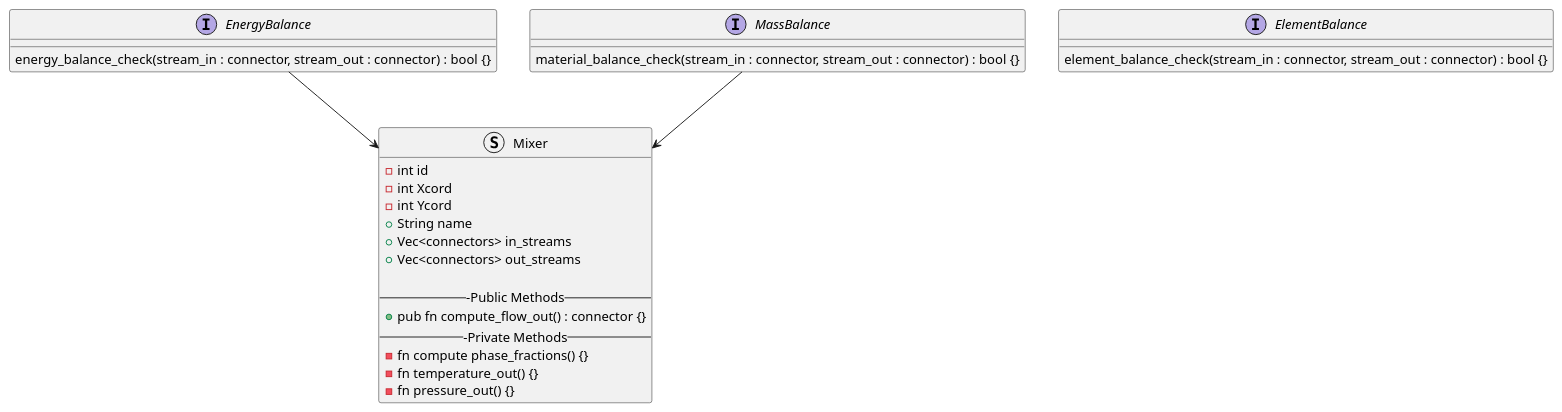
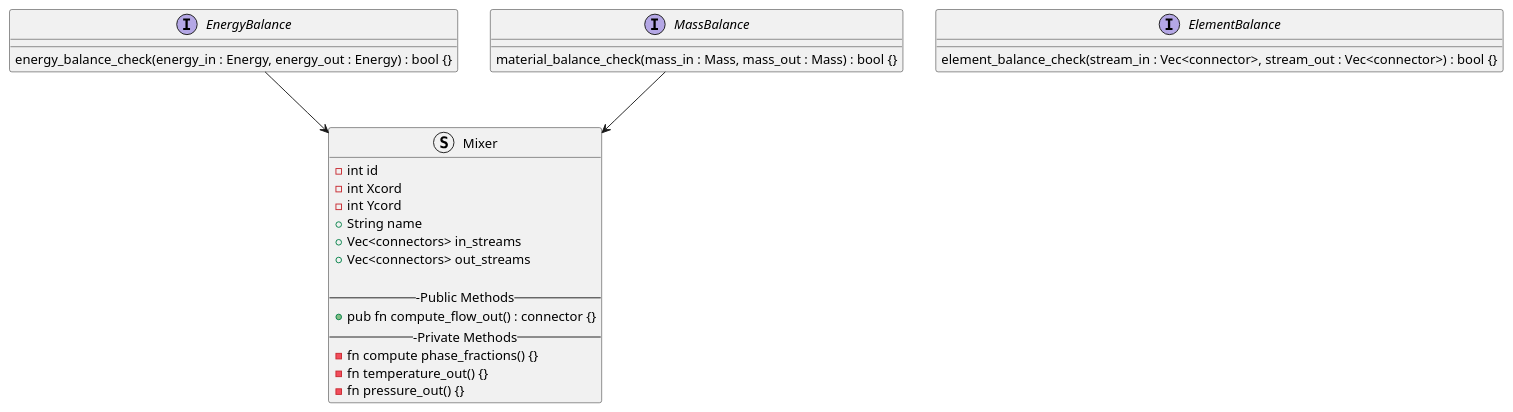
The diagram in blocks-module/blocks-module.puml (OSCPS-Project/OSCPS-UML), drawn with PlantUML before and after one commit. The commit also changed 1 other file, not shown here.

Commit message:
updating uml diagram for the blocks module with changes made to the parameters of the mass balance and energy balance functions

```diff
--- a/blocks-module/blocks-module.puml
+++ b/blocks-module/blocks-module.puml
@@ -1,40 +1,40 @@
 @startuml Blocks_Module_Class_Diagram
 
 Interface EnergyBalance {
-  energy_balance_check(stream_in : connector, stream_out : connector) : bool {} 
+  energy_balance_check(energy_in : Energy, energy_out : Energy) : bool {} 
 }
 
 Interface MassBalance {
-  material_balance_check(stream_in : connector, stream_out : connector) : bool {}  
+  material_balance_check(mass_in : Mass, mass_out : Mass) : bool {}  
 }
 
 
 Interface ElementBalance {
-  element_balance_check(stream_in : connector, stream_out : connector) : bool {}
+  element_balance_check(stream_in : Vec<connector>, stream_out : Vec<connector>) : bool {}
 }
 
 
 
 
 
 Struct Mixer {
   - int id
   - int Xcord
   - int Ycord
   + String name
   + Vec<connectors> in_streams
   + Vec<connectors> out_streams
 
   ---Public Methods--
   + pub fn compute_flow_out() : connector {}
   ---Private Methods--
   - fn compute phase_fractions() {}
   - fn temperature_out() {}
   - fn pressure_out() {} 
 }
 
 EnergyBalance --> Mixer
 MassBalance --> Mixer
 
 
 @enduml
```
